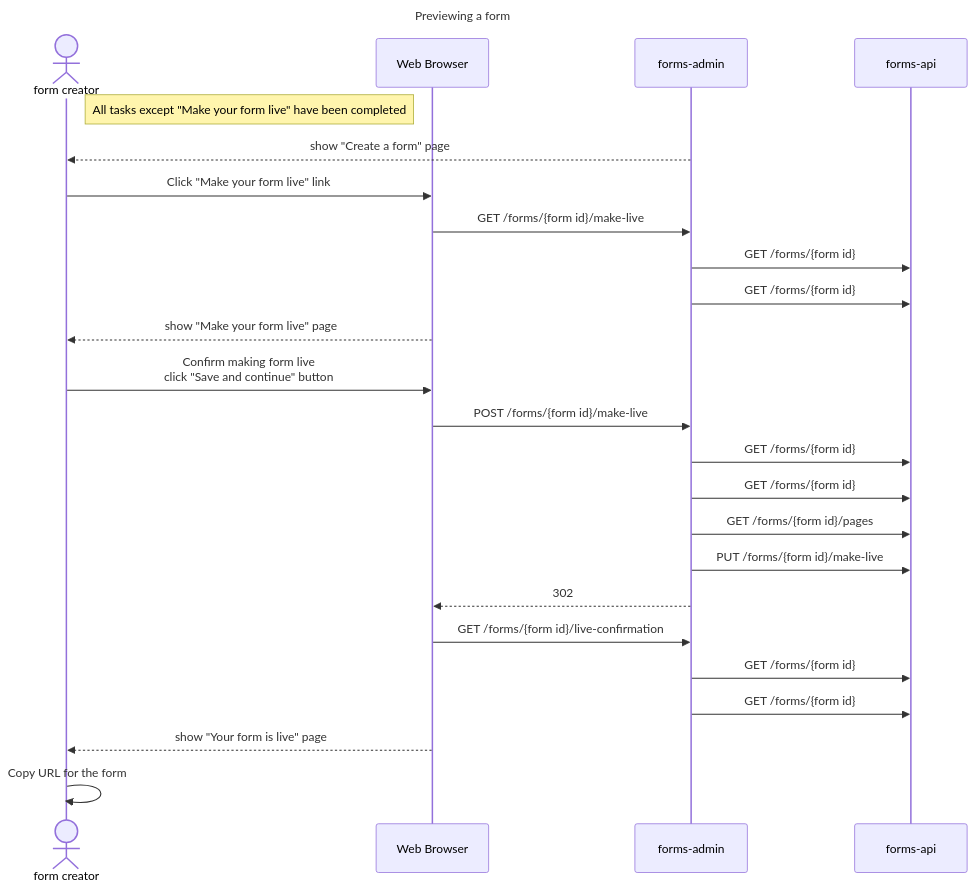
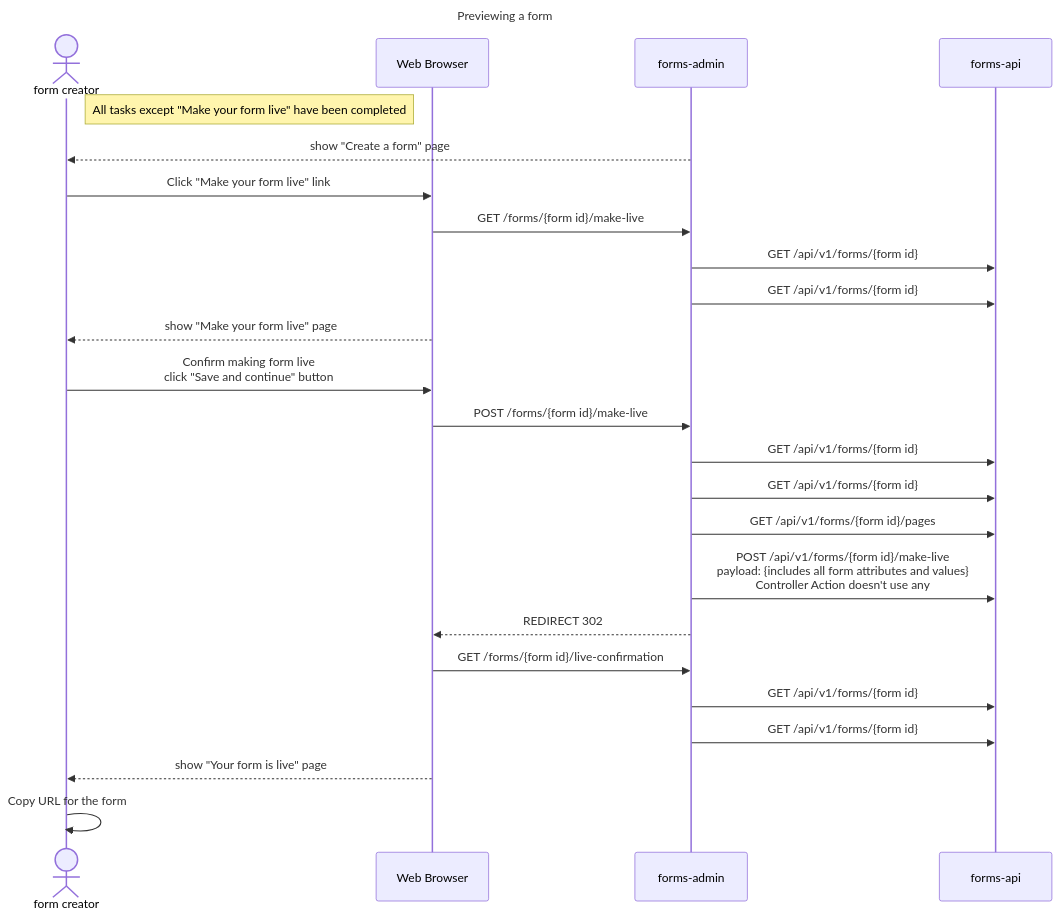
The first of 2 diagrams in diagrams/sequence-diagrams/publishing-a-form.md (alphagov/forms), drawn with Mermaid before and after one commit.

Commit message:
Update publishing-a-form.md url and calls to API

````diff
--- a/diagrams/sequence-diagrams/publishing-a-form.md
+++ b/diagrams/sequence-diagrams/publishing-a-form.md
@@ -3,33 +3,33 @@
 ```mermaid 
 sequenceDiagram
   title Previewing a form
   actor user as form creator
   participant browser as Web Browser
   participant admin as forms-admin
   link admin: GitHub repo @ https://github.com/alphagov/forms-admin   
   participant api as forms-api
   link api: GitHub repo @ https://github.com/alphagov/forms-api  
 
   note right of user: All tasks except "Make your form live" have been completed
 
   admin-->>user: show "Create a form" page
   user->>browser: Click "Make your form live" link
   browser->>admin: GET /forms/{form id}/make-live
-  admin->>api: GET /forms/{form id}
-  admin->>api: GET /forms/{form id}
+  admin->>api: GET /api/v1/forms/{form id}
+  admin->>api: GET /api/v1/forms/{form id}
   browser-->>user: show "Make your form live" page
 
   user->>browser: Confirm making form live<br />click "Save and continue" button
   browser->>admin: POST /forms/{form id}/make-live
-  admin->>api: GET /forms/{form id}
-  admin->>api: GET /forms/{form id}
-  admin->>api: GET /forms/{form id}/pages
-  admin->>api: PUT /forms/{form id}/make-live
-  admin-->>browser: 302
+  admin->>api: GET /api/v1/forms/{form id}
+  admin->>api: GET /api/v1/forms/{form id}
+  admin->>api: GET /api/v1/forms/{form id}/pages
+  admin->>api: POST /api/v1/forms/{form id}/make-live<br>payload: {includes all form attributes and values}<br>Controller Action doesn't use any
+  admin-->>browser: REDIRECT 302
   browser->>admin: GET /forms/{form id}/live-confirmation
-  admin->>api: GET /forms/{form id}
-  admin->>api: GET /forms/{form id}
+  admin->>api: GET /api/v1/forms/{form id}
+  admin->>api: GET /api/v1/forms/{form id}
   browser-->>user: show "Your form is live" page
   user->>user: Copy URL for the form
 
 ```
````
